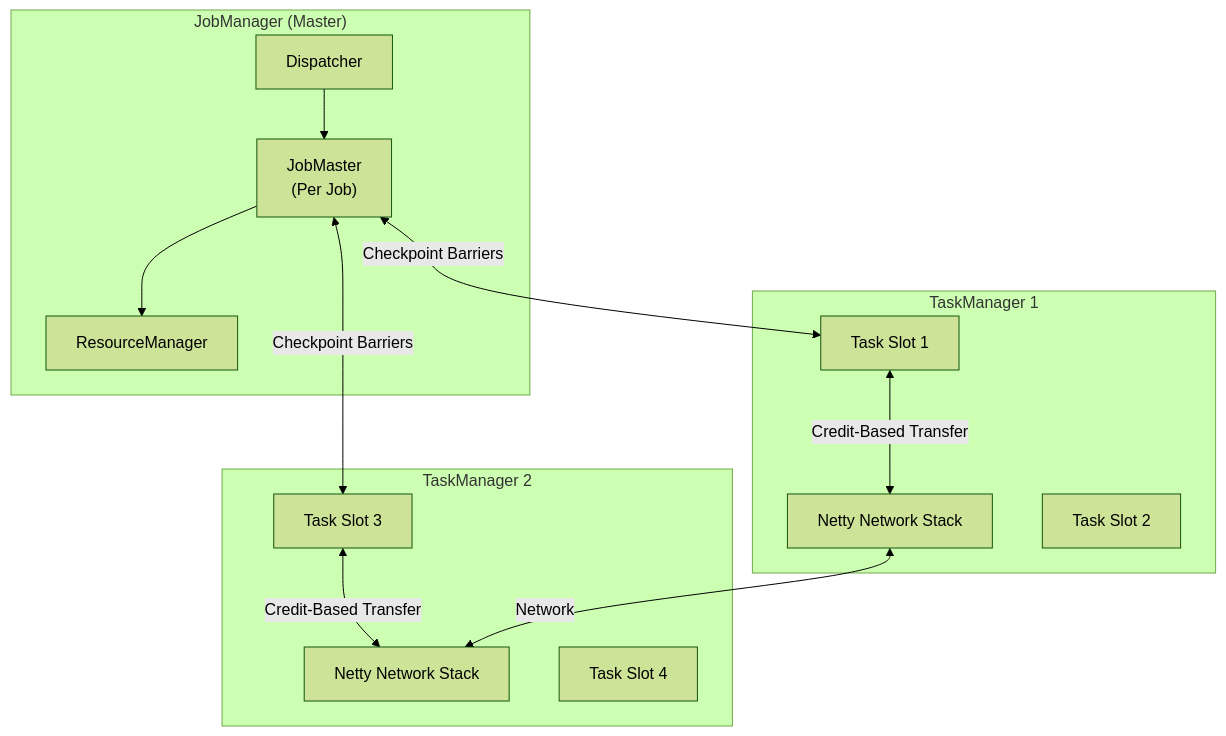
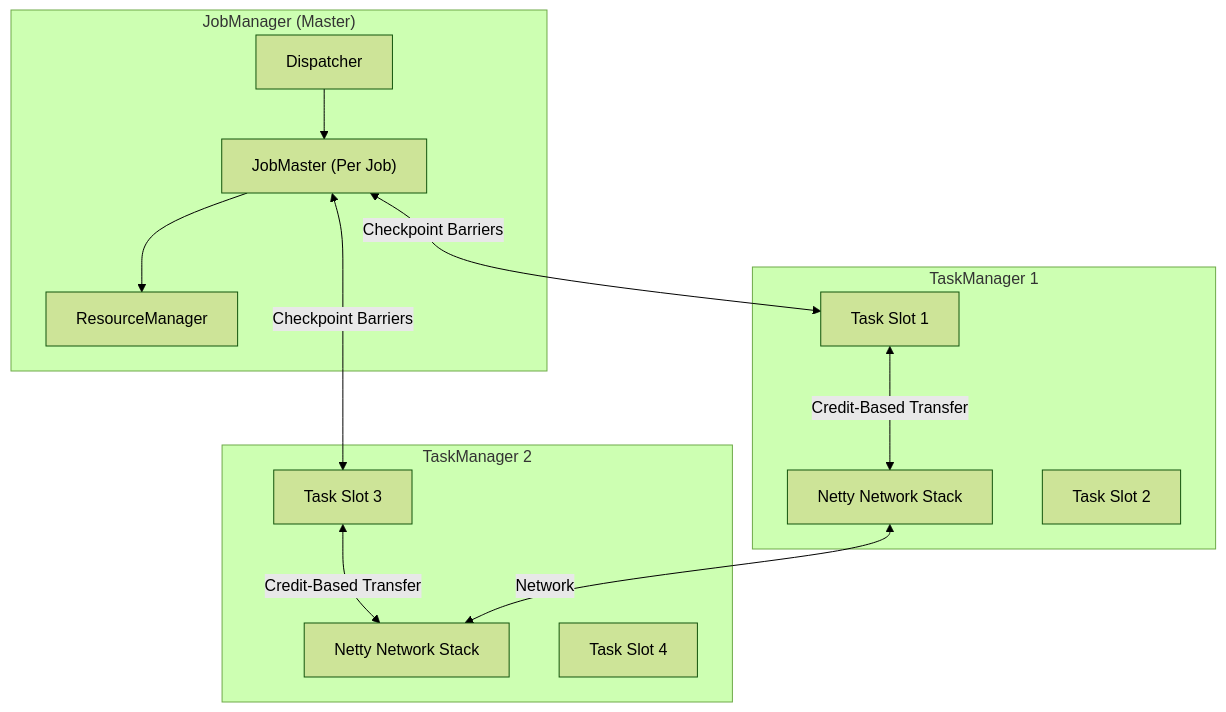
The first of 5 diagrams in Stream Processing/02_Apache_Flink.md (Anmol33/SystemDesign), drawn with Mermaid (forest theme) before and after one commit. The commit also changed other lines of this file and 7 other files, not shown here.

````diff
--- a/Stream Processing/02_Apache_Flink.md
+++ b/Stream Processing/02_Apache_Flink.md
@@ -14,25 +47,25 @@
 ```mermaid
 graph TD
     subgraph JobManager["JobManager (Master)"]
-        Disp["Dispatcher"] --> JM["JobMaster<br/>(Per Job)"]
+        Disp["Dispatcher"] --> JM["JobMaster (Per Job)"]
         JM --> RM["ResourceManager"]
     end
 
     subgraph TaskManager1["TaskManager 1"]
         Netty1["Netty Network Stack"]
         Slot1["Task Slot 1"]
         Slot2["Task Slot 2"]
     end
     
     subgraph TaskManager2["TaskManager 2"]
         Netty2["Netty Network Stack"]
         Slot3["Task Slot 3"]
         Slot4["Task Slot 4"]
     end
 
     JM <-->|"Checkpoint Barriers"| Slot1
     JM <-->|"Checkpoint Barriers"| Slot3
     Slot1 <-->|"Credit-Based Transfer"| Netty1
     Slot3 <-->|"Credit-Based Transfer"| Netty2
     Netty1 <-->|Network| Netty2
 ```
````
